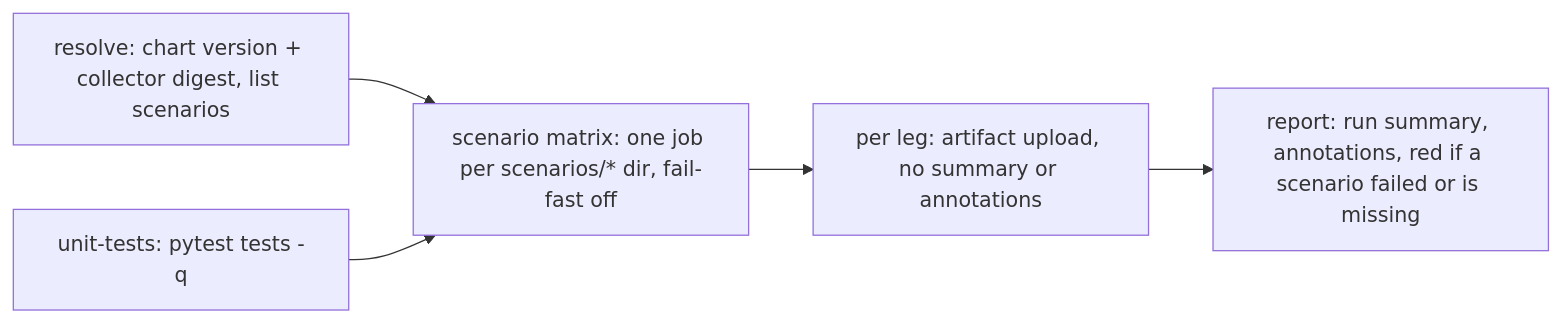
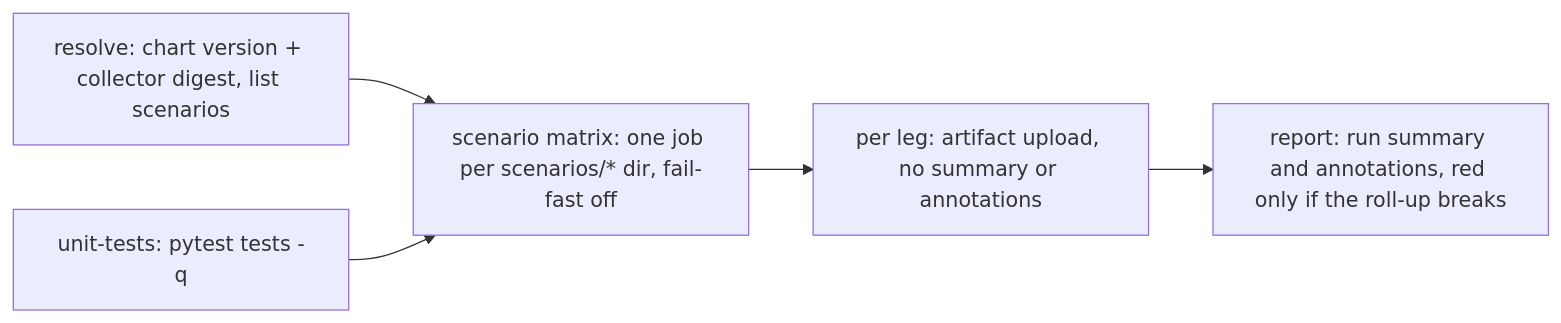
Before and after one commit to densify-dev/kubex-stack-e2e: the fourth of 4 diagrams in docs/architecture.md, drawn with Mermaid. The commit also changed other lines of this file and 5 other files, not shown here.

Commit message:
ci: keep the run summary job green once the summary is written

````diff
--- a/docs/architecture.md
+++ b/docs/architecture.md
@@ -184,7 +184,7 @@
 ```mermaid
 flowchart LR
   RV["resolve: chart version + collector digest, list scenarios"] --> M
   UT["unit-tests: pytest tests -q"] --> M
   M["scenario matrix: one job per scenarios/* dir, fail-fast off"] --> S["per leg: artifact upload, no summary or annotations"]
-  S --> RP["report: run summary, annotations, red if a scenario failed or is missing"]
+  S --> RP["report: run summary and annotations, red only if the roll-up breaks"]
 ```
````
